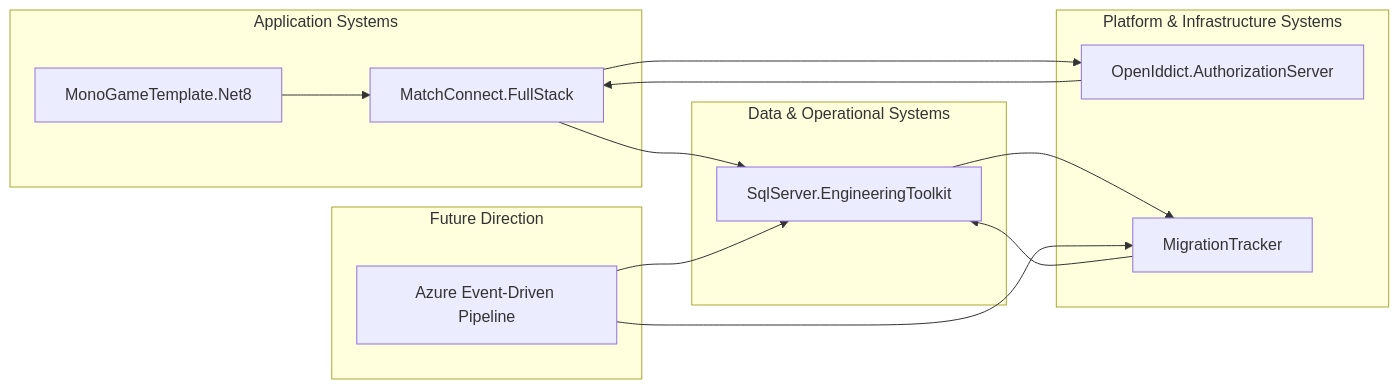
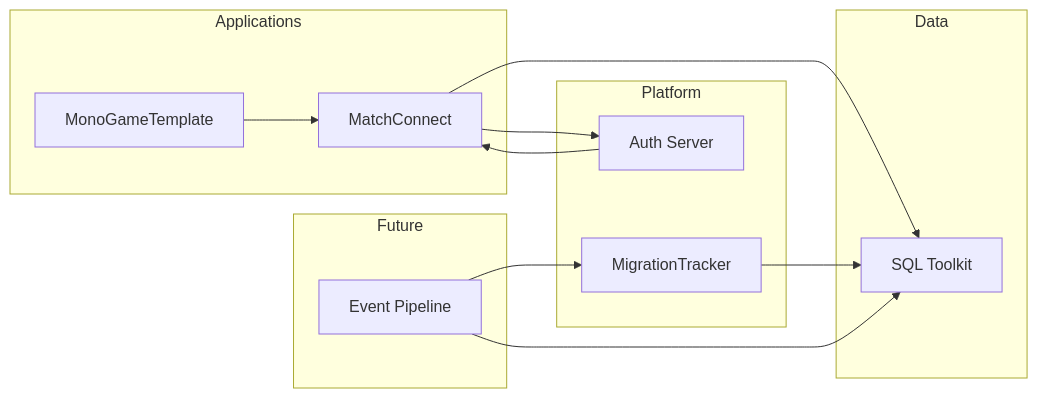
The diagram in README.md (CatFortman/CatFortman), drawn with Mermaid before and after one commit.

Commit message:
Refactor system diagrams in README
Updated the application and system diagrams for clarity and consistency.

````diff
--- a/README.md
+++ b/README.md
@@ -54,50 +54,32 @@
 ```mermaid
 graph LR
 
-%% =====================
-%% Application Systems
-%% =====================
-subgraph A[Application Systems]
-    MC[MatchConnect.FullStack]
-    MG[MonoGameTemplate.Net8]
+subgraph A[Applications]
+MC[MatchConnect]
+MG[MonoGameTemplate]
 end
 
-%% =====================
-%% Platform Systems
-%% =====================
-subgraph B[Platform & Infrastructure Systems]
-    AUTH[OpenIddict.AuthorizationServer]
-    MIG[MigrationTracker]
+subgraph B[Platform]
+AUTH[Auth Server]
+MIG[MigrationTracker]
 end
 
-%% =====================
-%% Data Systems
-%% =====================
-subgraph C[Data & Operational Systems]
-    SQL[SqlServer.EngineeringToolkit]
+subgraph C[Data]
+SQL[SQL Toolkit]
 end
 
-%% =====================
-%% Future Work
-%% =====================
-subgraph D[Future Direction]
-    AZ[Azure Event-Driven Pipeline]
+subgraph D[Future]
+AZ[Event Pipeline]
 end
-
-%% =====================
-%% Main system flow (left → right)
-%% =====================
 
 MC --> AUTH
 MC --> SQL
+MG --> MC
 
-MG --> MC
+MIG --> SQL
 
 AUTH --> MC
 
-MIG --> SQL
-SQL --> MIG
-
+AZ --> MIG
 AZ --> SQL
-AZ --> MIG
 ```
````
